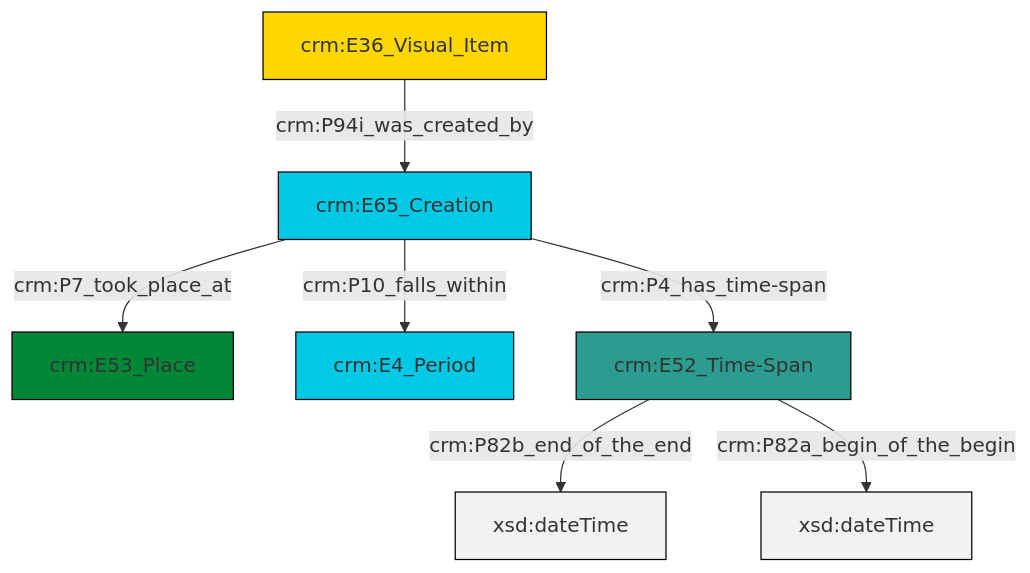
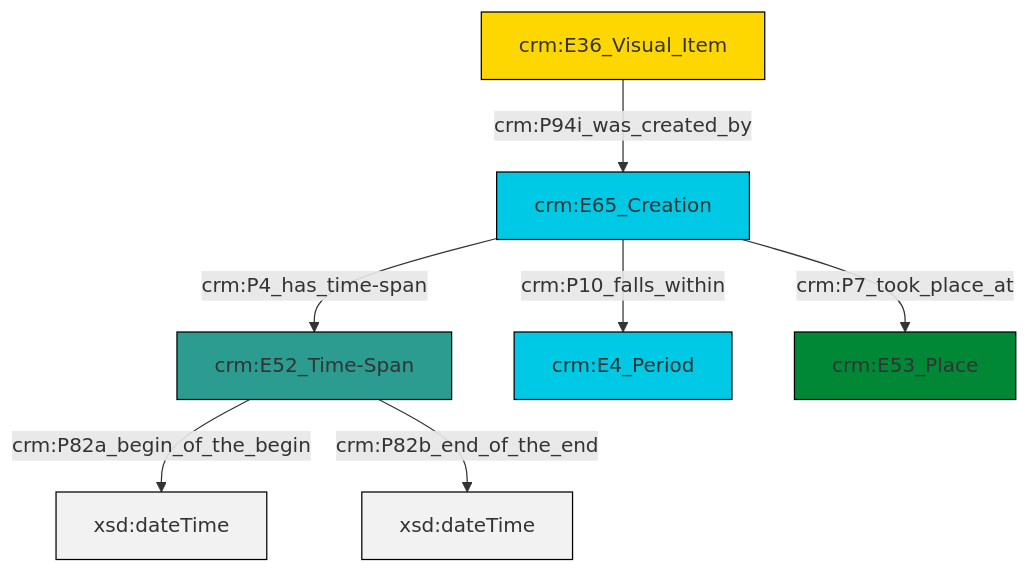
The diagram in et/imgCSV/ttl/mmd/img_existence.ttl.mmd (swiss-art-research-net/docs.swissartresearch), drawn with Mermaid before and after one commit. The commit also changed 177 other files, not shown here.

```diff
--- a/et/imgCSV/ttl/mmd/img_existence.ttl.mmd
+++ b/et/imgCSV/ttl/mmd/img_existence.ttl.mmd
@@ -1,21 +1,21 @@
 graph TD
 classDef Literal fill:#f2f2f2,stroke:#000000;
 classDef CRM_Entity fill:#FFFFFF,stroke:#000000;
 classDef Temporal_Entity fill:#00C9E6, stroke:#000000;
 classDef Type fill:#E18312, stroke:#000000;
 classDef Time-Span fill:#2C9C91, stroke:#000000;
 classDef Appellation fill:#FFEB7F, stroke:#000000;
 classDef Place fill:#008836, stroke:#000000;
 classDef Persistent_Item fill:#B266B2, stroke:#000000;
 classDef Conceptual_Object fill:#FFD700, stroke:#000000;
 classDef Physical_Thing fill:#D2B48C, stroke:#000000;
 classDef Actor fill:#f58aad, stroke:#000000;
 classDef PC_Classes fill:#4ce600, stroke:#000000;
 classDef Multi fill:#cccccc,stroke:#000000;
 
-0["crm:E65_Creation"]:::Temporal_Entity -->|crm:P7_took_place_at| 2["crm:E53_Place"]:::Place
-5["crm:E52_Time-Span"]:::Time-Span -->|crm:P82b_end_of_the_end| 6[xsd:dateTime]:::Literal
-0["crm:E65_Creation"]:::Temporal_Entity -->|crm:P4_has_time-span| 5["crm:E52_Time-Span"]:::Time-Span
-5["crm:E52_Time-Span"]:::Time-Span -->|crm:P82a_begin_of_the_begin| 8[xsd:dateTime]:::Literal
-9["crm:E36_Visual_Item"]:::Conceptual_Object -->|crm:P94i_was_created_by| 0["crm:E65_Creation"]:::Temporal_Entity
-0["crm:E65_Creation"]:::Temporal_Entity -->|crm:P10_falls_within| 3["crm:E4_Period"]:::Temporal_Entity
+0["crm:E52_Time-Span"]:::Time-Span -->|crm:P82a_begin_of_the_begin| 1[xsd:dateTime]:::Literal
+5["crm:E36_Visual_Item"]:::Conceptual_Object -->|crm:P94i_was_created_by| 6["crm:E65_Creation"]:::Temporal_Entity
+0["crm:E52_Time-Span"]:::Time-Span -->|crm:P82b_end_of_the_end| 7[xsd:dateTime]:::Literal
+6["crm:E65_Creation"]:::Temporal_Entity -->|crm:P4_has_time-span| 0["crm:E52_Time-Span"]:::Time-Span
+6["crm:E65_Creation"]:::Temporal_Entity -->|crm:P10_falls_within| 2["crm:E4_Period"]:::Temporal_Entity
+6["crm:E65_Creation"]:::Temporal_Entity -->|crm:P7_took_place_at| 10["crm:E53_Place"]:::Place
```
